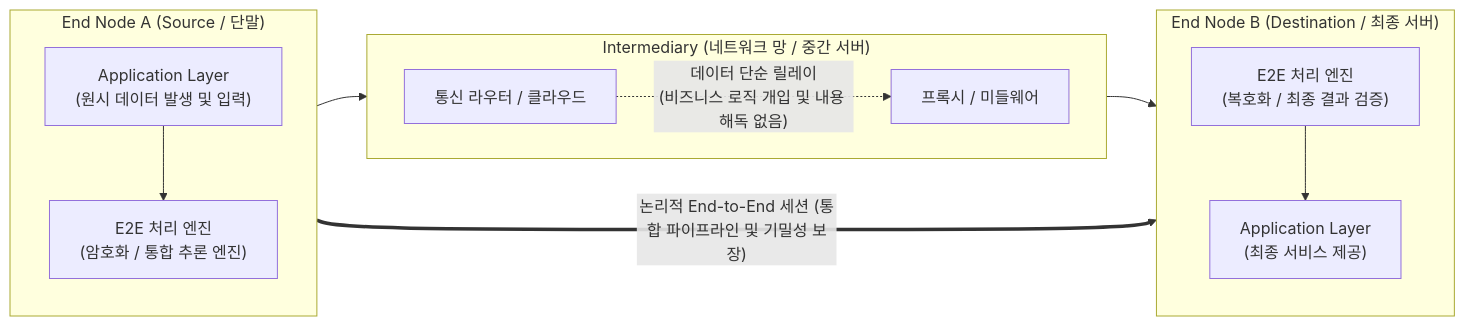
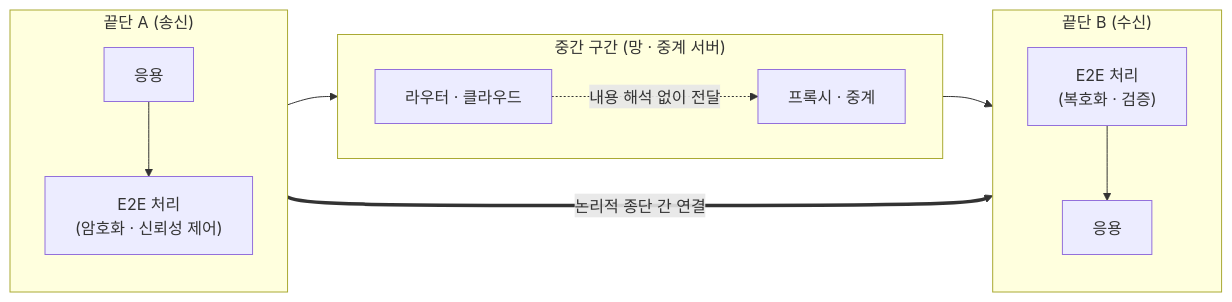
The diagram in content/01_IT Tech/End-to-End.md (supremethumb/supremethumb.github.io), drawn with Mermaid before and after one commit. The commit also changed other lines of this file and 1087 other files, not shown here.

````diff
--- a/content/01_IT Tech/End-to-End.md
+++ b/content/01_IT Tech/End-to-End.md
@@ -26,29 +36,18 @@
 ```mermaid
 flowchart LR
-    subgraph End_A["End Node A (Source / 단말)"]
+    subgraph A["끝단 A (송신)"]
         direction TB
-        AppA["Application Layer<br/>(원시 데이터 발생 및 입력)"]
-        E2E_A["E2E 처리 엔진<br/>(암호화 / 통합 추론 엔진)"]
-        AppA --> E2E_A
+        AA["응용"] --> EA["E2E 처리<br/>(암호화 · 신뢰성 제어)"]
     end
-
-    subgraph Intermediary["Intermediary (네트워크 망 / 중간 서버)"]
+    subgraph M["중간 구간 (망 · 중계 서버)"]
         direction LR
-        Relay1["통신 라우터 / 클라우드"]
-        Relay2["프록시 / 미들웨어"]
-        Relay1 -. "데이터 단순 릴레이<br/>(비즈니스 로직 개입 및 내용 해독 없음)" .-> Relay2
+        R1["라우터 · 클라우드"] -. "내용 해석 없이 전달" .-> R2["프록시 · 중계"]
     end
-
-    subgraph End_B["End Node B (Destination / 최종 서버)"]
+    subgraph B["끝단 B (수신)"]
         direction TB
-        E2E_B["E2E 처리 엔진<br/>(복호화 / 최종 결과 검증)"]
-        AppB["Application Layer<br/>(최종 서비스 제공)"]
-        E2E_B --> AppB
+        EB["E2E 처리<br/>(복호화 · 검증)"] --> AB["응용"]
     end
-
-    E2E_A == "논리적 End-to-End 세션 (통합 파이프라인 및 기밀성 보장)" ==> E2E_B
-    E2E_A --> Relay1
-    Relay2 --> E2E_B
-
-
+    EA --> R1
+    R2 --> EB
+    EA == "논리적 종단 간 연결" ==> EB
 ```
````
